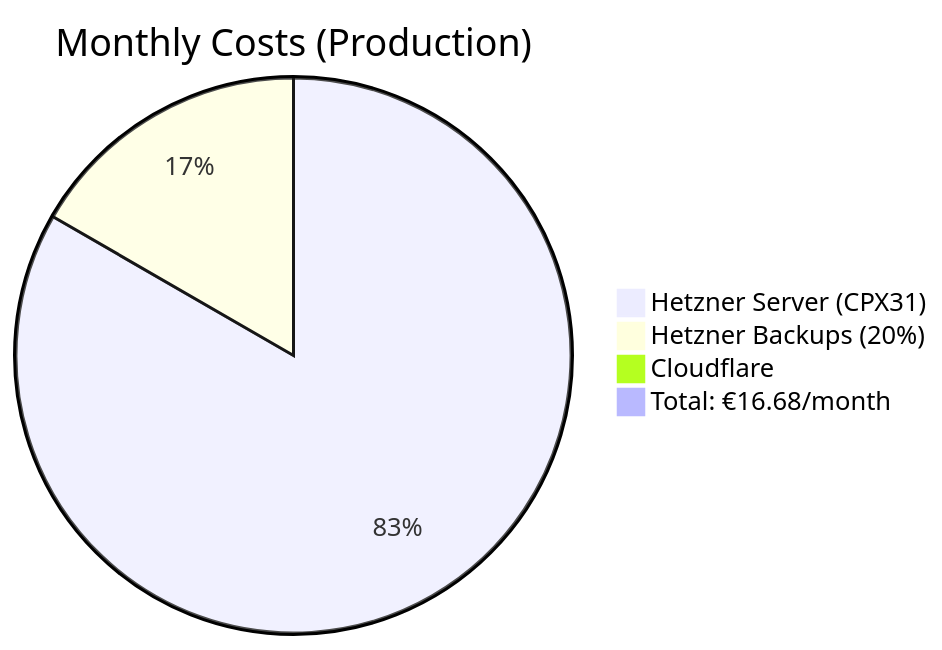
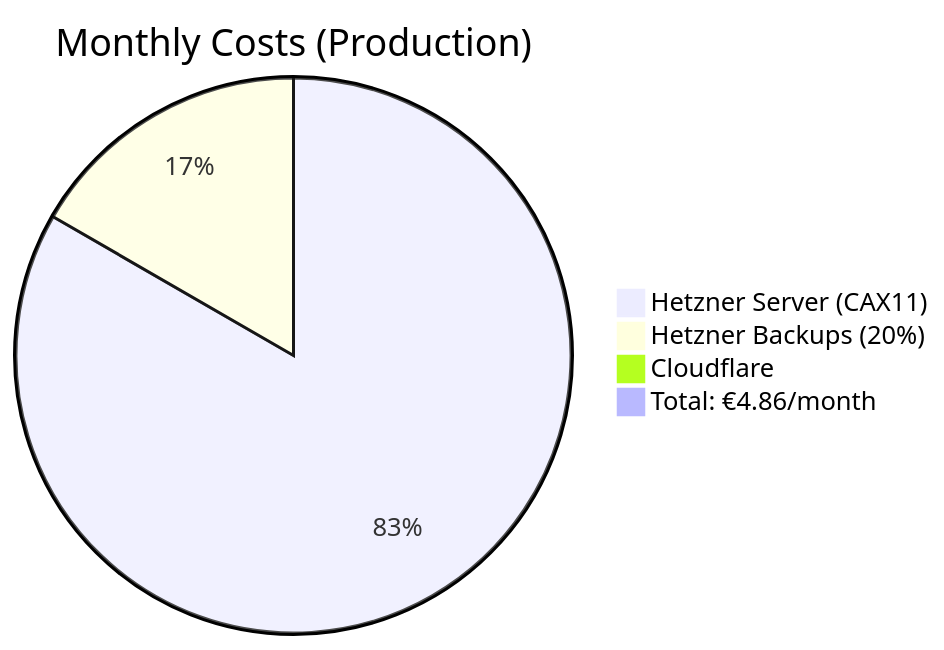
Before and after one commit to malpanez/hetzner-secure-infrastructure: the ninth of 11 diagrams in docs/infrastructure/WORDPRESS-STACK-MERMAID.md, drawn with Mermaid. The commit also changed other lines of this file and 38 other files, not shown here.

````diff
--- a/docs/infrastructure/WORDPRESS-STACK-MERMAID.md
+++ b/docs/infrastructure/WORDPRESS-STACK-MERMAID.md
@@ -449,7 +449,7 @@
 ```mermaid
 pie title Monthly Costs (Production)
-    "Hetzner Server (CPX31)" : 13.90
-    "Hetzner Backups (20%)" : 2.78
+    "Hetzner Server (CAX11)" : 4.05
+    "Hetzner Backups (20%)" : 0.81
     "Cloudflare" : 0
-    "Total: €16.68/month" : 0
+    "Total: €4.86/month" : 0
 ```
````
